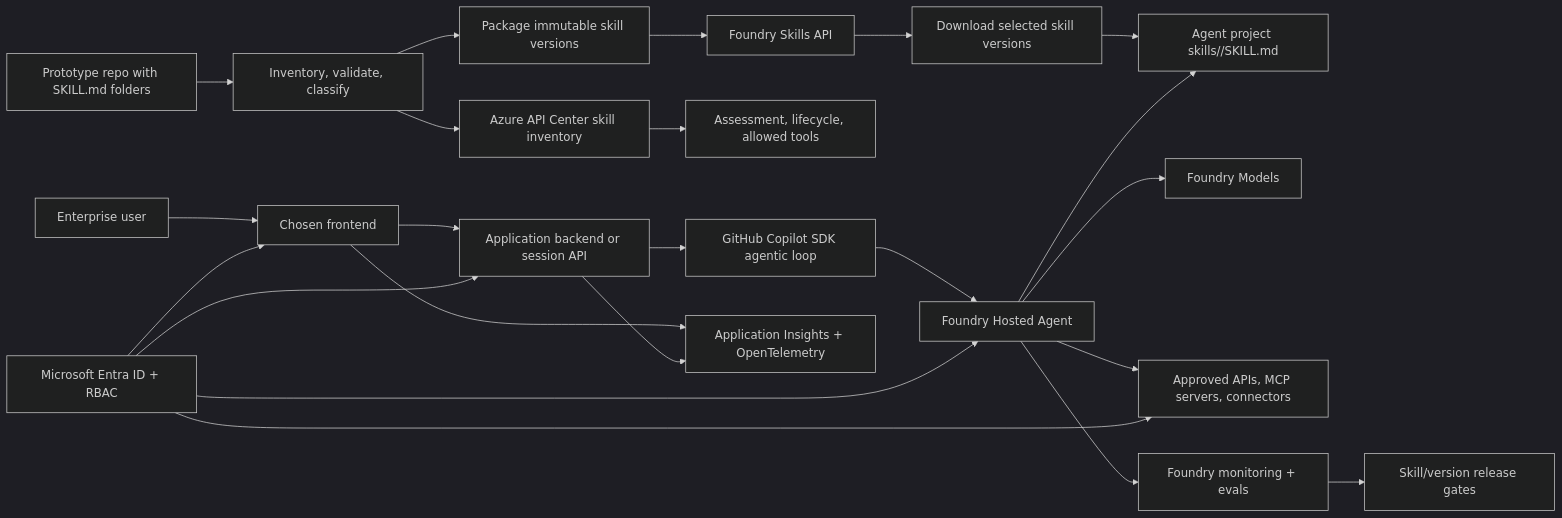
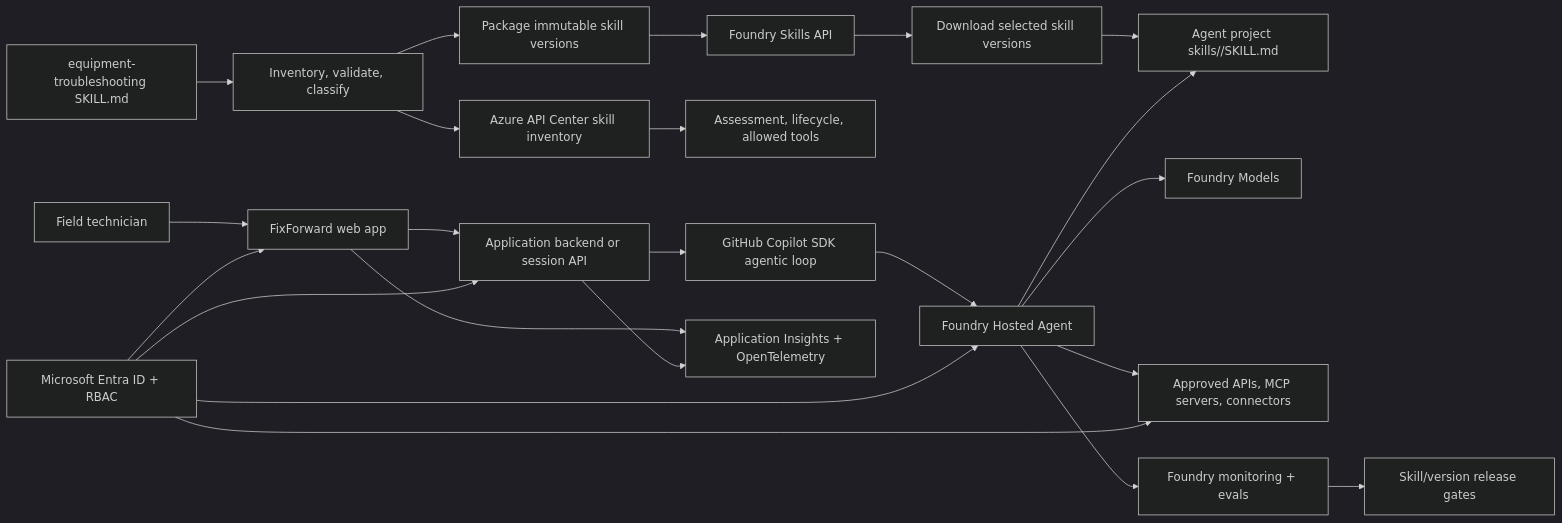
The diagram in playbooks/bring-your-own-skills/README.md (aiappsgbb/agentic-loop), drawn with Mermaid (dark theme) before and after one commit. The commit also changed other lines of this file and 5 other files, not shown here.

````diff
--- a/playbooks/bring-your-own-skills/README.md
+++ b/playbooks/bring-your-own-skills/README.md
@@ -38,25 +38,25 @@
 ```mermaid
 flowchart LR
-  Proto[Prototype repo with SKILL.md folders] --> Intake[Inventory, validate, classify]
+  Proto[equipment-troubleshooting SKILL.md] --> Intake[Inventory, validate, classify]
   Intake --> Package[Package immutable skill versions]
   Package --> Skills[Foundry Skills API]
   Skills --> Download[Download selected skill versions]
   Download --> SkillDir[Agent project skills/<name>/SKILL.md]
   Intake --> APIC[Azure API Center skill inventory]
   APIC --> Gov[Assessment, lifecycle, allowed tools]
-  User[Enterprise user] --> Frontend[Chosen frontend]
+  User[Field technician] --> Frontend[FixForward web app]
   Frontend --> App[Application backend or session API]
   App --> SDK[GitHub Copilot SDK agentic loop]
   SDK --> Agent[Foundry Hosted Agent]
   Agent --> Models[Foundry Models]
   Agent --> SkillDir
   Agent --> Tools[Approved APIs, MCP servers, connectors]
   Entra[Microsoft Entra ID + RBAC] --> Frontend
   Entra --> App
   Entra --> Agent
   Entra --> Tools
   Frontend --> Insights[Application Insights + OpenTelemetry]
   App --> Insights[Application Insights + OpenTelemetry]
   Agent --> Monitor[Foundry monitoring + evals]
   Monitor --> Gates[Skill/version release gates]
 ```
````
